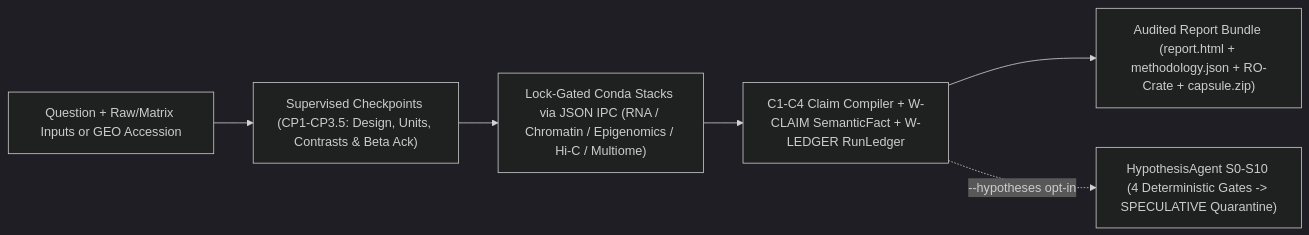
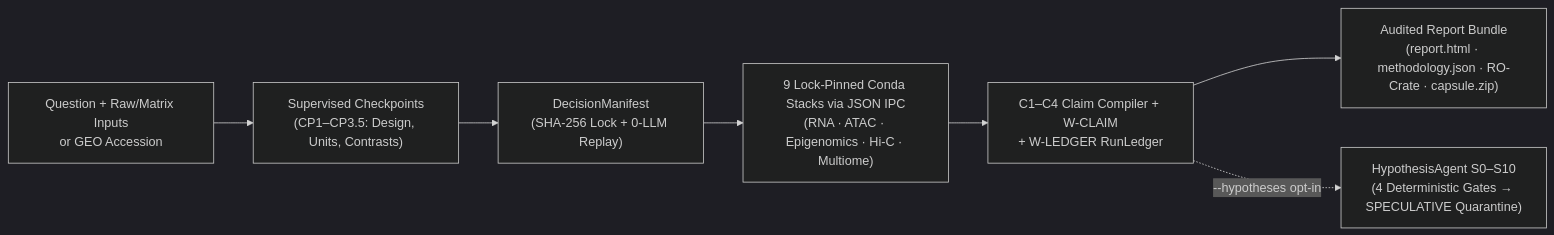
Before and after one commit to Olascoaga/aria-omics: the diagram in README.md, drawn with Mermaid (dark theme). The commit also changed other lines of this file and 6 other files, not shown here.

````diff
--- a/README.md
+++ b/README.md
@@ -19,8 +111,9 @@
 ```mermaid
 flowchart LR
-    IN["Question + Raw/Matrix Inputs or GEO Accession"] --> CP["Supervised Checkpoints (CP1-CP3.5: Design, Units, Contrasts & Beta Ack)"]
-    CP --> IPC["Lock-Gated Conda Stacks via JSON IPC (RNA / Chromatin / Epigenomics / Hi-C / Multiome)"]
-    IPC --> GOV["C1-C4 Claim Compiler + W-CLAIM SemanticFact + W-LEDGER RunLedger"]
-    GOV --> OUT["Audited Report Bundle (report.html + methodology.json + RO-Crate + capsule.zip)"]
-    GOV -. "--hypotheses opt-in" .-> HYPO["HypothesisAgent S0-S10 (4 Deterministic Gates -> SPECULATIVE Quarantine)"]
+    IN["Question + Raw/Matrix Inputs<br/>or GEO Accession"] --> CP["Supervised Checkpoints<br/>(CP1–CP3.5: Design, Units, Contrasts)"]
+    CP --> DM["DecisionManifest<br/>(SHA-256 Lock + 0-LLM Replay)"]
+    DM --> IPC["9 Lock-Pinned Conda Stacks via JSON IPC<br/>(RNA · ATAC · Epigenomics · Hi-C · Multiome)"]
+    IPC --> GOV["C1–C4 Claim Compiler + W-CLAIM<br/>+ W-LEDGER RunLedger"]
+    GOV --> OUT["Audited Report Bundle<br/>(report.html · methodology.json · RO-Crate · capsule.zip)"]
+    GOV -. "--hypotheses opt-in" .-> HYPO["HypothesisAgent S0–S10<br/>(4 Deterministic Gates → SPECULATIVE Quarantine)"]
 ```
````
